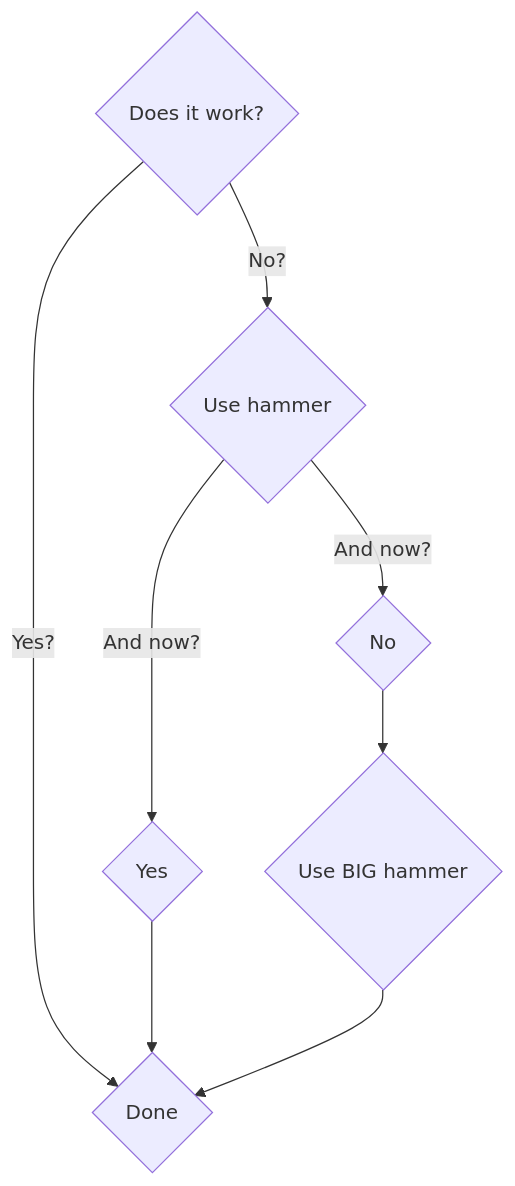
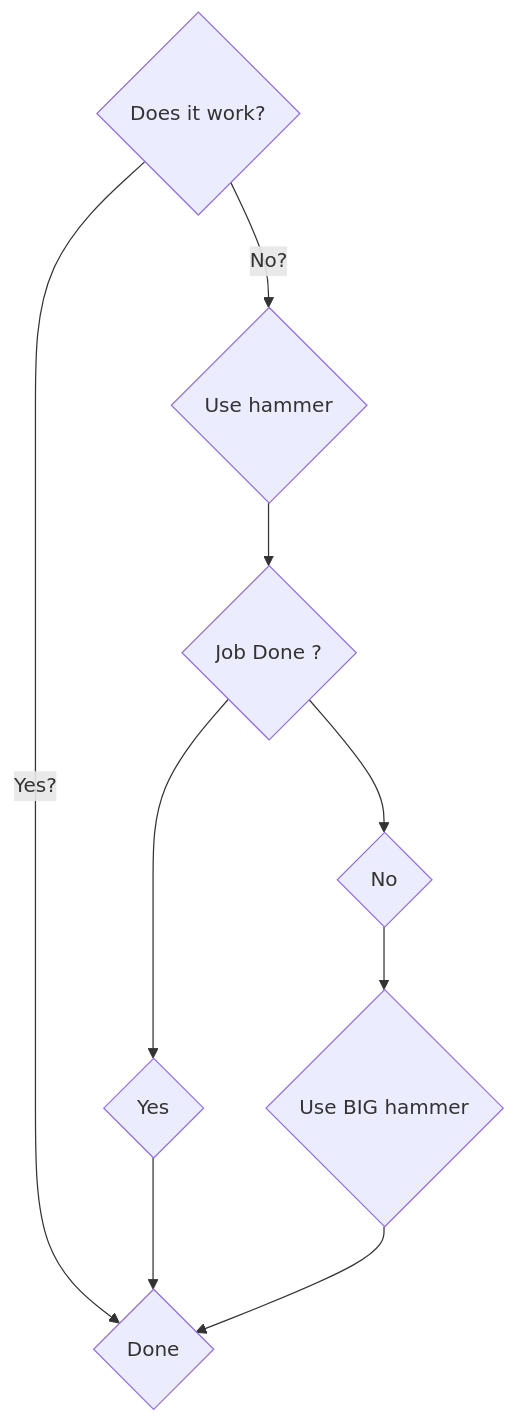
Before and after one commit to ch3ll0v3k/ch3ll0v3k.github.io: the diagram in README.md, drawn with Mermaid.

Commit message:
"mermaid flowchart/flowchart test"

````diff
--- a/README.md
+++ b/README.md
@@ -4,10 +4,11 @@
 ```mermaid
 flowchart TD;
   start{Does it work?} -- Yes? --> jobDone{Done};
   start{Does it work?} -- No? --> use_hammer_1{Use hammer};
-  use_hammer_1{Use hammer} -- And now? --> yes_1{Yes};
-  use_hammer_1{Use hammer} -- And now? --> no_2{No};
+  use_hammer_1{Use hammer} --> job_done_1{Job Done ?} 
+  job_done_1{Job Done ?} --> yes_1{Yes};
+  job_done_1{Job Done ?} --> no_2{No};
   no_2{No} --> use_hammer_2{Use BIG hammer};
   yes_1{Yes} --> jobDone{Done};
   use_hammer_2{Use BIG hammer} --> jobDone{Done};
 ```
````
